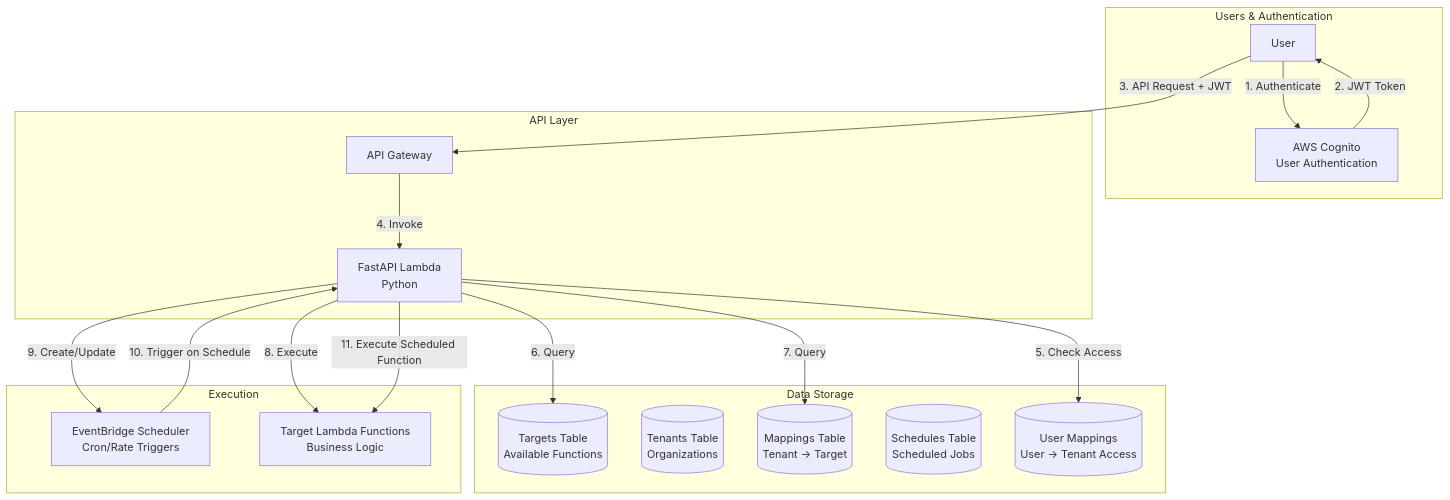
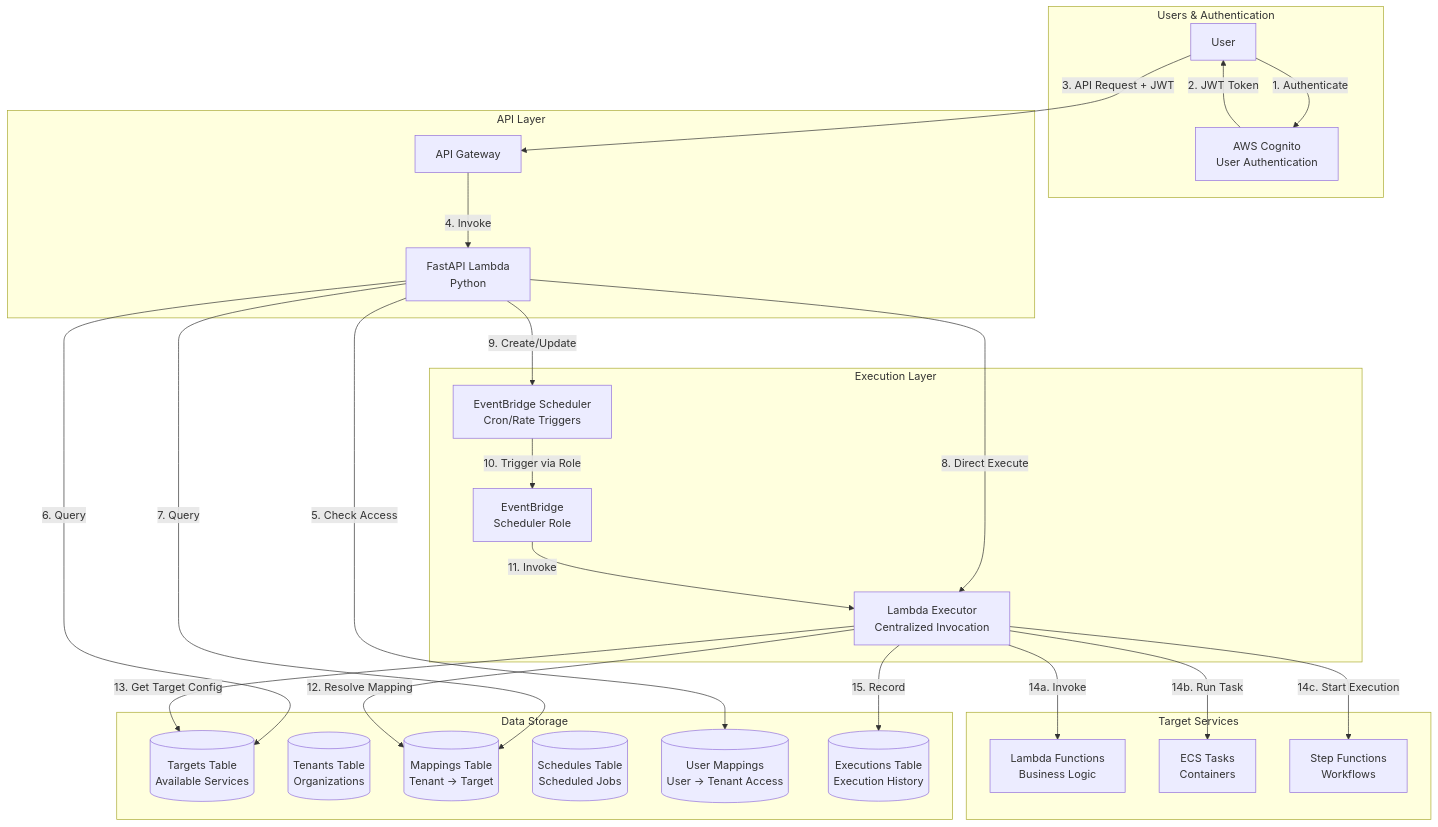
The first of 2 diagrams in README.md (caylent-solutions/serverless-task-scheduler), drawn with Mermaid before and after one commit. The commit also changed other lines of this file, not shown here.

````diff
--- a/README.md
+++ b/README.md
@@ -53,37 +61,51 @@
 ```mermaid
 graph TB
     subgraph "Users & Authentication"
         User[User]
         Cognito[AWS Cognito<br/>User Authentication]
     end
 
     subgraph "API Layer"
         APIGW[API Gateway]
-        Lambda[FastAPI Lambda<br/>Python]
+        APILambda[FastAPI Lambda<br/>Python]
     end
 
     subgraph "Data Storage"
-        Targets[(Targets Table<br/>Available Functions)]
+        Targets[(Targets Table<br/>Available Services)]
         Tenants[(Tenants Table<br/>Organizations)]
         Mappings[(Mappings Table<br/>Tenant → Target)]
         Schedules[(Schedules Table<br/>Scheduled Jobs)]
         Users[(User Mappings<br/>User → Tenant Access)]
+        Executions[(Executions Table<br/>Execution History)]
     end
 
-    subgraph "Execution"
+    subgraph "Execution Layer"
         EventBridge[EventBridge Scheduler<br/>Cron/Rate Triggers]
-        TargetLambda[Target Lambda Functions<br/>Business Logic]
+        Executor[Lambda Executor<br/>Centralized Invocation]
+        SchedulerRole[EventBridge<br/>Scheduler Role]
+    end
+
+    subgraph "Target Services"
+        TargetLambda[Lambda Functions<br/>Business Logic]
+        TargetECS[ECS Tasks<br/>Containers]
+        TargetSFN[Step Functions<br/>Workflows]
     end
 
     User -->|1. Authenticate| Cognito
     Cognito -->|2. JWT Token| User
     User -->|3. API Request + JWT| APIGW
-    APIGW -->|4. Invoke| Lambda
-    Lambda -->|5. Check Access| Users
-    Lambda -->|6. Query| Targets
-    Lambda -->|7. Query| Mappings
-    Lambda -->|8. Execute| TargetLambda
-    Lambda -->|9. Create/Update| EventBridge
-    EventBridge -->|10. Trigger on Schedule| Lambda
-    Lambda -->|11. Execute Scheduled Function| TargetLambda
+    APIGW -->|4. Invoke| APILambda
+    APILambda -->|5. Check Access| Users
+    APILambda -->|6. Query| Targets
+    APILambda -->|7. Query| Mappings
+    APILambda -->|8. Direct Execute| Executor
+    APILambda -->|9. Create/Update| EventBridge
+    EventBridge -->|10. Trigger via Role| SchedulerRole
+    SchedulerRole -->|11. Invoke| Executor
+    Executor -->|12. Resolve Mapping| Mappings
+    Executor -->|13. Get Target Config| Targets
+    Executor -->|14a. Invoke| TargetLambda
+    Executor -->|14b. Run Task| TargetECS
+    Executor -->|14c. Start Execution| TargetSFN
+    Executor -->|15. Record| Executions
 ```
````
